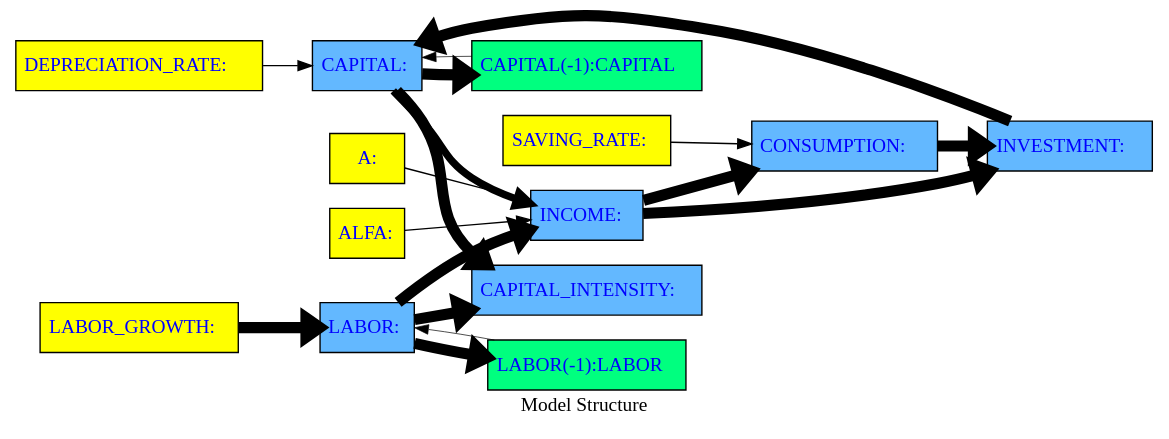
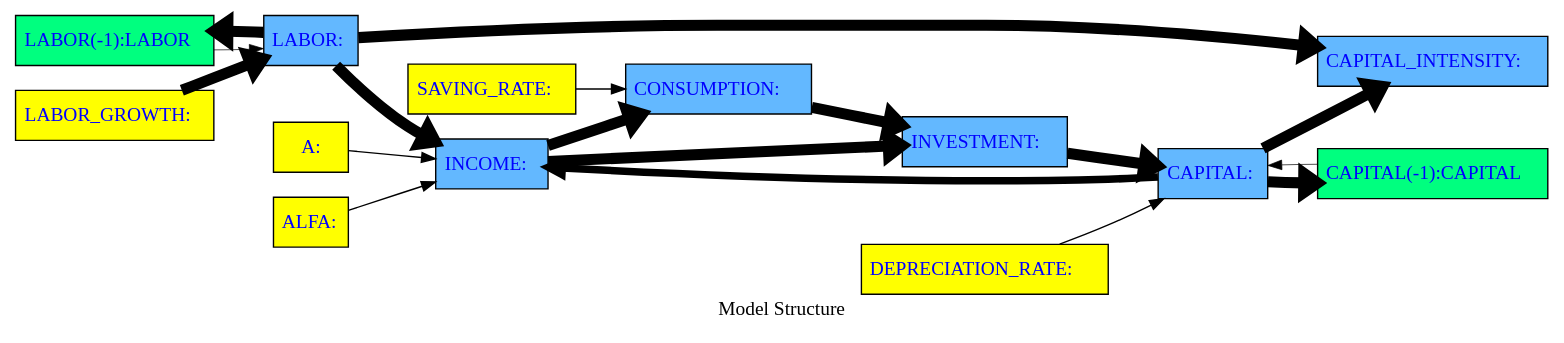
One commit to IbHansen/modelflow-manual changed the diagram in working_paper/thebook/content/notebooks/intro/graph/A_model_graph.gv. Above: the diagram before and after it, drawn with Graphviz. The commit also changed 110 other files, not shown here.

```diff
--- a/working_paper/thebook/content/notebooks/intro/graph/A_model_graph.gv
+++ b/working_paper/thebook/content/notebooks/intro/graph/A_model_graph.gv
@@ -1,35 +1,35 @@
 digraph TD { rankdir ="LR" 
 {node  [margin=0.025 fontcolor=blue style=filled ] 
- "CAPITAL_INTENSITY" [ shape=box fillcolor= steelblue1 tooltip="CAPITAL_INTENSITY&#10;FRML &lt;&gt; CAPITAL_INTENSITY = CAPITAL/LABOR  &#36;"  margin=0.025 fontcolor=blue style = filled  label=<<TABLE BORDER='0' CELLBORDER = '0' style = "filled"  > <TR><TD tooltip="CAPITAL_INTENSITY&#10;FRML &lt;&gt; CAPITAL_INTENSITY = CAPITAL/LABOR  &#36;">CAPITAL_INTENSITY:</TD></TR> </TABLE>> ]
-"DEPRECIATION_RATE" [ shape=box fillcolor= yellow tooltip="DEPRECIATION_RATE&#10;Exogen"  margin=0.025 fontcolor=blue style = filled  label=<<TABLE BORDER='0' CELLBORDER = '0' style = "filled"  > <TR><TD tooltip="DEPRECIATION_RATE&#10;Exogen">DEPRECIATION_RATE:</TD></TR> </TABLE>> ]
-"INVESTMENT" [ shape=box fillcolor= steelblue1 tooltip="INVESTMENT&#10;FRML &lt;&gt; INVESTMENT      = INCOME - CONSUMPTION    &#36;"  margin=0.025 fontcolor=blue style = filled  label=<<TABLE BORDER='0' CELLBORDER = '0' style = "filled"  > <TR><TD tooltip="INVESTMENT&#10;FRML &lt;&gt; INVESTMENT      = INCOME - CONSUMPTION    &#36;">INVESTMENT:</TD></TR> </TABLE>> ]
+ "LABOR(-1)" [ shape=box fillcolor= springgreen tooltip="LABOR&#10;FRML &lt;&gt; LABOR=LABOR(-1)+(LABOR_GROWTH * LABOR(-1))&#36;"  margin=0.025 fontcolor=blue style = filled  label=<<TABLE BORDER='0' CELLBORDER = '0' style = "filled"  > <TR><TD tooltip="LABOR&#10;FRML &lt;&gt; LABOR=LABOR(-1)+(LABOR_GROWTH * LABOR(-1))&#36;">LABOR(-1):LABOR</TD></TR> </TABLE>> ]
+"LABOR" [ shape=box fillcolor= steelblue1 tooltip="LABOR&#10;FRML &lt;&gt; LABOR=LABOR(-1)+(LABOR_GROWTH * LABOR(-1))&#36;"  margin=0.025 fontcolor=blue style = filled  label=<<TABLE BORDER='0' CELLBORDER = '0' style = "filled"  > <TR><TD tooltip="LABOR&#10;FRML &lt;&gt; LABOR=LABOR(-1)+(LABOR_GROWTH * LABOR(-1))&#36;">LABOR:</TD></TR> </TABLE>> ]
+"CAPITAL_INTENSITY" [ shape=box fillcolor= steelblue1 tooltip="CAPITAL_INTENSITY&#10;FRML &lt;&gt; CAPITAL_INTENSITY = CAPITAL/LABOR  &#36;"  margin=0.025 fontcolor=blue style = filled  label=<<TABLE BORDER='0' CELLBORDER = '0' style = "filled"  > <TR><TD tooltip="CAPITAL_INTENSITY&#10;FRML &lt;&gt; CAPITAL_INTENSITY = CAPITAL/LABOR  &#36;">CAPITAL_INTENSITY:</TD></TR> </TABLE>> ]
+"CONSUMPTION" [ shape=box fillcolor= steelblue1 tooltip="CONSUMPTION&#10;FRML &lt;&gt; CONSUMPTION     = (1-SAVING_RATE)  * INCOME  &#36;"  margin=0.025 fontcolor=blue style = filled  label=<<TABLE BORDER='0' CELLBORDER = '0' style = "filled"  > <TR><TD tooltip="CONSUMPTION&#10;FRML &lt;&gt; CONSUMPTION     = (1-SAVING_RATE)  * INCOME  &#36;">CONSUMPTION:</TD></TR> </TABLE>> ]
+"INCOME" [ shape=box fillcolor= steelblue1 tooltip="INCOME&#10;FRML &lt;&gt; INCOME          = A  * CAPITAL**ALFA * LABOR **(1-ALFA)  &#36;"  margin=0.025 fontcolor=blue style = filled  label=<<TABLE BORDER='0' CELLBORDER = '0' style = "filled"  > <TR><TD tooltip="INCOME&#10;FRML &lt;&gt; INCOME          = A  * CAPITAL**ALFA * LABOR **(1-ALFA)  &#36;">INCOME:</TD></TR> </TABLE>> ]
 "A" [ shape=box fillcolor= yellow tooltip="A&#10;Exogen"  margin=0.025 fontcolor=blue style = filled  label=<<TABLE BORDER='0' CELLBORDER = '0' style = "filled"  > <TR><TD tooltip="A&#10;Exogen">A:</TD></TR> </TABLE>> ]
 "CAPITAL" [ shape=box fillcolor= steelblue1 tooltip="CAPITAL&#10;FRML &lt;&gt; CAPITAL=CAPITAL(-1)+(INVESTMENT-DEPRECIATION_RATE * CAPITAL(-1))&#36;"  margin=0.025 fontcolor=blue style = filled  label=<<TABLE BORDER='0' CELLBORDER = '0' style = "filled"  > <TR><TD tooltip="CAPITAL&#10;FRML &lt;&gt; CAPITAL=CAPITAL(-1)+(INVESTMENT-DEPRECIATION_RATE * CAPITAL(-1))&#36;">CAPITAL:</TD></TR> </TABLE>> ]
-"SAVING_RATE" [ shape=box fillcolor= yellow tooltip="SAVING_RATE&#10;Exogen"  margin=0.025 fontcolor=blue style = filled  label=<<TABLE BORDER='0' CELLBORDER = '0' style = "filled"  > <TR><TD tooltip="SAVING_RATE&#10;Exogen">SAVING_RATE:</TD></TR> </TABLE>> ]
 "CAPITAL(-1)" [ shape=box fillcolor= springgreen tooltip="CAPITAL&#10;FRML &lt;&gt; CAPITAL=CAPITAL(-1)+(INVESTMENT-DEPRECIATION_RATE * CAPITAL(-1))&#36;"  margin=0.025 fontcolor=blue style = filled  label=<<TABLE BORDER='0' CELLBORDER = '0' style = "filled"  > <TR><TD tooltip="CAPITAL&#10;FRML &lt;&gt; CAPITAL=CAPITAL(-1)+(INVESTMENT-DEPRECIATION_RATE * CAPITAL(-1))&#36;">CAPITAL(-1):CAPITAL</TD></TR> </TABLE>> ]
+"INVESTMENT" [ shape=box fillcolor= steelblue1 tooltip="INVESTMENT&#10;FRML &lt;&gt; INVESTMENT      = INCOME - CONSUMPTION    &#36;"  margin=0.025 fontcolor=blue style = filled  label=<<TABLE BORDER='0' CELLBORDER = '0' style = "filled"  > <TR><TD tooltip="INVESTMENT&#10;FRML &lt;&gt; INVESTMENT      = INCOME - CONSUMPTION    &#36;">INVESTMENT:</TD></TR> </TABLE>> ]
+"ALFA" [ shape=box fillcolor= yellow tooltip="ALFA&#10;Exogen"  margin=0.025 fontcolor=blue style = filled  label=<<TABLE BORDER='0' CELLBORDER = '0' style = "filled"  > <TR><TD tooltip="ALFA&#10;Exogen">ALFA:</TD></TR> </TABLE>> ]
 "LABOR_GROWTH" [ shape=box fillcolor= yellow tooltip="LABOR_GROWTH&#10;Exogen"  margin=0.025 fontcolor=blue style = filled  label=<<TABLE BORDER='0' CELLBORDER = '0' style = "filled"  > <TR><TD tooltip="LABOR_GROWTH&#10;Exogen">LABOR_GROWTH:</TD></TR> </TABLE>> ]
-"CONSUMPTION" [ shape=box fillcolor= steelblue1 tooltip="CONSUMPTION&#10;FRML &lt;&gt; CONSUMPTION     = (1-SAVING_RATE)  * INCOME  &#36;"  margin=0.025 fontcolor=blue style = filled  label=<<TABLE BORDER='0' CELLBORDER = '0' style = "filled"  > <TR><TD tooltip="CONSUMPTION&#10;FRML &lt;&gt; CONSUMPTION     = (1-SAVING_RATE)  * INCOME  &#36;">CONSUMPTION:</TD></TR> </TABLE>> ]
-"LABOR" [ shape=box fillcolor= steelblue1 tooltip="LABOR&#10;FRML &lt;&gt; LABOR=LABOR(-1)+(LABOR_GROWTH * LABOR(-1))&#36;"  margin=0.025 fontcolor=blue style = filled  label=<<TABLE BORDER='0' CELLBORDER = '0' style = "filled"  > <TR><TD tooltip="LABOR&#10;FRML &lt;&gt; LABOR=LABOR(-1)+(LABOR_GROWTH * LABOR(-1))&#36;">LABOR:</TD></TR> </TABLE>> ]
-"LABOR(-1)" [ shape=box fillcolor= springgreen tooltip="LABOR&#10;FRML &lt;&gt; LABOR=LABOR(-1)+(LABOR_GROWTH * LABOR(-1))&#36;"  margin=0.025 fontcolor=blue style = filled  label=<<TABLE BORDER='0' CELLBORDER = '0' style = "filled"  > <TR><TD tooltip="LABOR&#10;FRML &lt;&gt; LABOR=LABOR(-1)+(LABOR_GROWTH * LABOR(-1))&#36;">LABOR(-1):LABOR</TD></TR> </TABLE>> ]
-"ALFA" [ shape=box fillcolor= yellow tooltip="ALFA&#10;Exogen"  margin=0.025 fontcolor=blue style = filled  label=<<TABLE BORDER='0' CELLBORDER = '0' style = "filled"  > <TR><TD tooltip="ALFA&#10;Exogen">ALFA:</TD></TR> </TABLE>> ]
-"INCOME" [ shape=box fillcolor= steelblue1 tooltip="INCOME&#10;FRML &lt;&gt; INCOME          = A  * CAPITAL**ALFA * LABOR **(1-ALFA)  &#36;"  margin=0.025 fontcolor=blue style = filled  label=<<TABLE BORDER='0' CELLBORDER = '0' style = "filled"  > <TR><TD tooltip="INCOME&#10;FRML &lt;&gt; INCOME          = A  * CAPITAL**ALFA * LABOR **(1-ALFA)  &#36;">INCOME:</TD></TR> </TABLE>> ] 
+"DEPRECIATION_RATE" [ shape=box fillcolor= yellow tooltip="DEPRECIATION_RATE&#10;Exogen"  margin=0.025 fontcolor=blue style = filled  label=<<TABLE BORDER='0' CELLBORDER = '0' style = "filled"  > <TR><TD tooltip="DEPRECIATION_RATE&#10;Exogen">DEPRECIATION_RATE:</TD></TR> </TABLE>> ]
+"SAVING_RATE" [ shape=box fillcolor= yellow tooltip="SAVING_RATE&#10;Exogen"  margin=0.025 fontcolor=blue style = filled  label=<<TABLE BORDER='0' CELLBORDER = '0' style = "filled"  > <TR><TD tooltip="SAVING_RATE&#10;Exogen">SAVING_RATE:</TD></TR> </TABLE>> ] 
 } 
+"CAPITAL" -> "CAPITAL(-1)" [ style = filled tooltip=" CAPITAL -> CAPITAL(-1) Min. att. 0%  max: 94%" href="bogus" penwidth = 8.0 ]
+"LABOR" -> "CAPITAL_INTENSITY" [ style = filled tooltip=" LABOR -> CAPITAL_INTENSITY Min. att. 103%  max: 1269%" href="bogus" penwidth = 8.0 ]
+"LABOR(-1)" -> "LABOR" [ style = filled tooltip=NA href="bogus" penwidth = 0.5 ]
+"LABOR" -> "INCOME" [ style = filled tooltip=" LABOR -> INCOME Min. att. 59%  max: 97%" href="bogus" penwidth = 8.0 ]
+"CAPITAL" -> "CAPITAL_INTENSITY" [ style = filled tooltip=" CAPITAL -> CAPITAL_INTENSITY Min. att. -647%  max: -3%" href="bogus" penwidth = 8.0 ]
+"CONSUMPTION" -> "INVESTMENT" [ style = filled tooltip=" CONSUMPTION -> INVESTMENT Min. att. -1900%  max: -1900%" href="bogus" penwidth = 8.0 ]
+"LABOR" -> "LABOR(-1)" [ style = filled tooltip=" LABOR -> LABOR(-1) Min. att. 0%  max: 100%" href="bogus" penwidth = 8.0 ]
 "INVESTMENT" -> "CAPITAL" [ style = filled tooltip=" INVESTMENT -> CAPITAL Min. att. 6%  max: 100%" href="bogus" penwidth = 8.0 ]
-"CAPITAL" -> "CAPITAL_INTENSITY" [ style = filled tooltip=" CAPITAL -> CAPITAL_INTENSITY Min. att. -647%  max: -3%" href="bogus" penwidth = 8.0 ]
-"LABOR" -> "LABOR(-1)" [ style = filled tooltip=" LABOR -> LABOR(-1) Min. att. 0%  max: 100%" href="bogus" penwidth = 8.0 ]
+"CAPITAL" -> "INCOME" [ style = filled tooltip=" CAPITAL -> INCOME Min. att. 3%  max: 54%" href="bogus" penwidth = 5.422974734681451 ]
+"A" -> "INCOME" [ style = filled tooltip=" A -> INCOME Min. att. -0%  max: -0%" href="bogus" penwidth = 1.0 ]
+"CAPITAL(-1)" -> "CAPITAL" [ style = filled tooltip=NA href="bogus" penwidth = 0.5 ]
+"DEPRECIATION_RATE" -> "CAPITAL" [ style = filled tooltip=" DEPRECIATION_RATE -> CAPITAL Min. att. 0%  max: 0%" href="bogus" penwidth = 1.0 ]
+"INCOME" -> "INVESTMENT" [ style = filled tooltip=" INCOME -> INVESTMENT Min. att. 2000%  max: 2000%" href="bogus" penwidth = 8.0 ]
+"ALFA" -> "INCOME" [ style = filled tooltip=" ALFA -> INCOME Min. att. -0%  max: -0%" href="bogus" penwidth = 1.0 ]
 "INCOME" -> "CONSUMPTION" [ style = filled tooltip=" INCOME -> CONSUMPTION Min. att. 100%  max: 100%" href="bogus" penwidth = 8.0 ]
-"CAPITAL(-1)" -> "CAPITAL" [ style = filled tooltip=NA href="bogus" penwidth = 0.5 ]
-"LABOR(-1)" -> "LABOR" [ style = filled tooltip=NA href="bogus" penwidth = 0.5 ]
 "LABOR_GROWTH" -> "LABOR" [ style = filled tooltip=" LABOR_GROWTH -> LABOR Min. att. 0%  max: 100%" href="bogus" penwidth = 8.0 ]
-"CONSUMPTION" -> "INVESTMENT" [ style = filled tooltip=" CONSUMPTION -> INVESTMENT Min. att. -1900%  max: -1900%" href="bogus" penwidth = 8.0 ]
-"CAPITAL" -> "CAPITAL(-1)" [ style = filled tooltip=" CAPITAL -> CAPITAL(-1) Min. att. 0%  max: 94%" href="bogus" penwidth = 8.0 ]
-"DEPRECIATION_RATE" -> "CAPITAL" [ style = filled tooltip=" DEPRECIATION_RATE -> CAPITAL Min. att. 0%  max: 0%" href="bogus" penwidth = 1.0 ]
-"ALFA" -> "INCOME" [ style = filled tooltip=" ALFA -> INCOME Min. att. -0%  max: -0%" href="bogus" penwidth = 1.0 ]
-"LABOR" -> "INCOME" [ style = filled tooltip=" LABOR -> INCOME Min. att. 59%  max: 97%" href="bogus" penwidth = 8.0 ]
-"A" -> "INCOME" [ style = filled tooltip=" A -> INCOME Min. att. -0%  max: -0%" href="bogus" penwidth = 1.0 ]
-"LABOR" -> "CAPITAL_INTENSITY" [ style = filled tooltip=" LABOR -> CAPITAL_INTENSITY Min. att. 103%  max: 1269%" href="bogus" penwidth = 8.0 ]
-"INCOME" -> "INVESTMENT" [ style = filled tooltip=" INCOME -> INVESTMENT Min. att. 2000%  max: 2000%" href="bogus" penwidth = 8.0 ]
 "SAVING_RATE" -> "CONSUMPTION" [ style = filled tooltip=" SAVING_RATE -> CONSUMPTION Min. att. 0%  max: 0%" href="bogus" penwidth = 1.0 ]
-"CAPITAL" -> "INCOME" [ style = filled tooltip=" CAPITAL -> INCOME Min. att. 3%  max: 54%" href="bogus" penwidth = 5.422974734681451 ]
  label = "Model Structure";
 }
```
